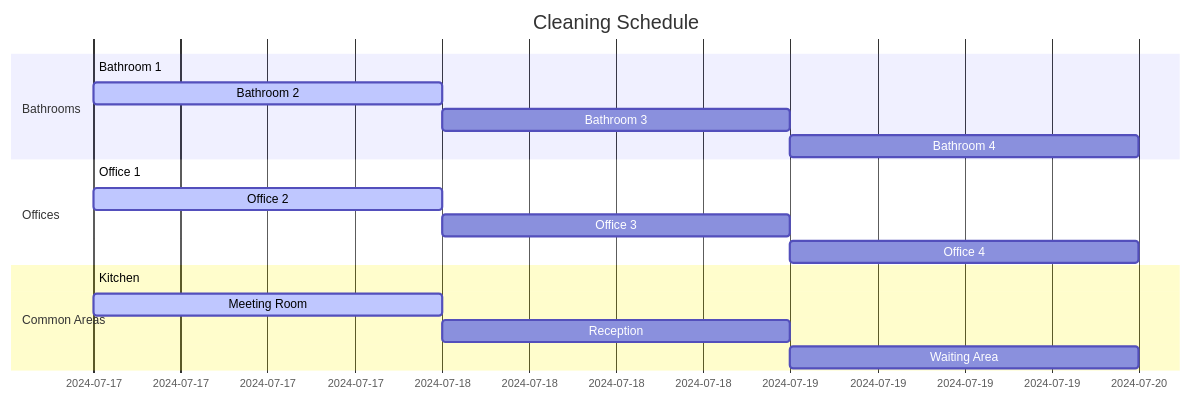
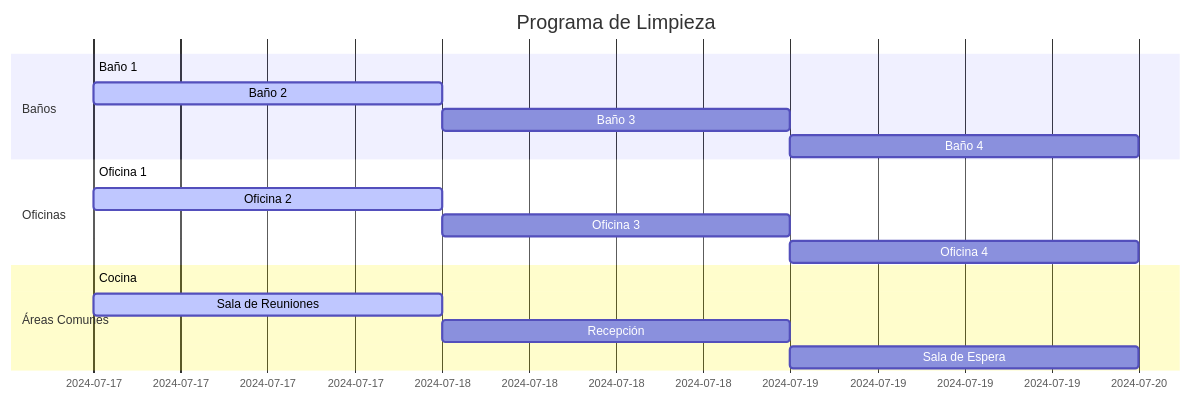
The first of 10 diagrams in README.md (despiau/mermaid), drawn with Mermaid before and after one commit. The commit also changed other lines of this file, not shown here.

````diff
--- a/README.md
+++ b/README.md
@@ -4,20 +4,20 @@
 ```mermaid
 gantt
-    title Cleaning Schedule
+    title Programa de Limpieza
     dateFormat  YYYY-MM-DD
-    section Bathrooms
-    Bathroom 1       :done,    des1, 2024-07-17,2024-07-17
-    Bathroom 2       :active,  des2, 2024-07-17, 2024-07-18
-    Bathroom 3       :         des3, 2024-07-18, 2024-07-19
-    Bathroom 4       :         des4, 2024-07-19, 2024-07-20
-    section Offices
-    Office 1    :done,    des5, 2024-07-17, 2024-07-17
-    Office 2    :active,  des6, 2024-07-17, 2024-07-18
-    Office 3    :         des7, 2024-07-18, 2024-07-19
-    Office 4    :         des8, 2024-07-19, 2024-07-20
-    section Common Areas
-    Kitchen       :done,    des9, 2024-07-17, 2024-07-17
-    Meeting Room  :active, des10, 2024-07-17, 2024-07-18
-    Reception     :         des11, 2024-07-18, 2024-07-19
-    Waiting Area  :         des12, 2024-07-19, 2024-07-20
+    section Baños
+    Baño 1       :done,    des1, 2024-07-17,2024-07-17
+    Baño 2       :active,  des2, 2024-07-17, 2024-07-18
+    Baño 3       :         des3, 2024-07-18, 2024-07-19
+    Baño 4       :         des4, 2024-07-19, 2024-07-20
+    section Oficinas
+    Oficina 1    :done,    des5, 2024-07-17, 2024-07-17
+    Oficina 2    :active,  des6, 2024-07-17, 2024-07-18
+    Oficina 3    :         des7, 2024-07-18, 2024-07-19
+    Oficina 4    :         des8, 2024-07-19, 2024-07-20
+    section Áreas Comunes
+    Cocina       :done,    des9, 2024-07-17, 2024-07-17
+    Sala de Reuniones  :active, des10, 2024-07-17, 2024-07-18
+    Recepción     :         des11, 2024-07-18, 2024-07-19
+    Sala de Espera  :         des12, 2024-07-19, 2024-07-20
 ```
````
